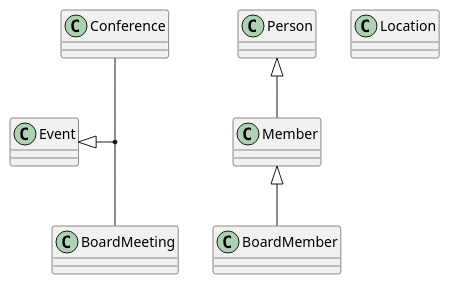
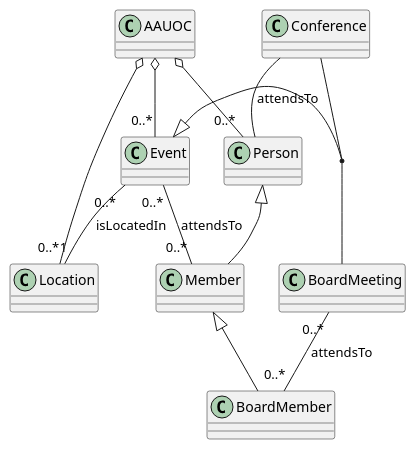
The diagram in PlantUML/src/DiagramaClasesUMLUD11.puml (JaimeSoftDev/UMLClases-Jaime-Macia-Mora), drawn with PlantUML before and after one commit.

Commit message:
Cardinalidades y relaciones

```diff
--- a/PlantUML/src/DiagramaClasesUMLUD11.puml
+++ b/PlantUML/src/DiagramaClasesUMLUD11.puml
@@ -1,12 +1,20 @@
 @startuml
 class Member
 class BoardMember
 class Event
 class Conference
 class BoardMeeting
 class Location
 class Person
+class AAUOC
 Event <|-- (Conference, BoardMeeting)
 Person <|-- Member
 Member <|-- BoardMember
+Event "0..*" -- "1"Location : isLocatedIn
+Event "0..*" -- "0..*" Member : attendsTo
+BoardMeeting "0..*" -- "0..*" BoardMember : attendsTo
+Conference -- Person : attendsTo
+AAUOC o-- "0..*" Location
+AAUOC o-- "0..*" Event
+AAUOC o-- "0..*" Person
 @enduml
```
